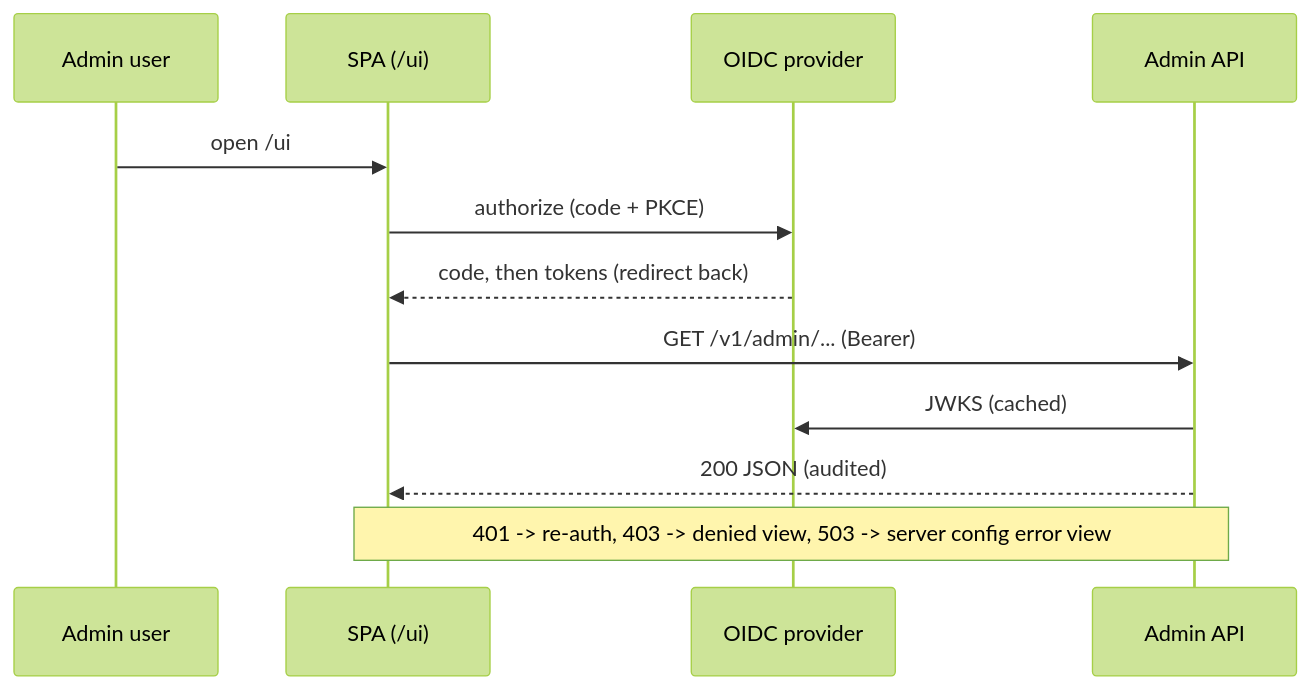
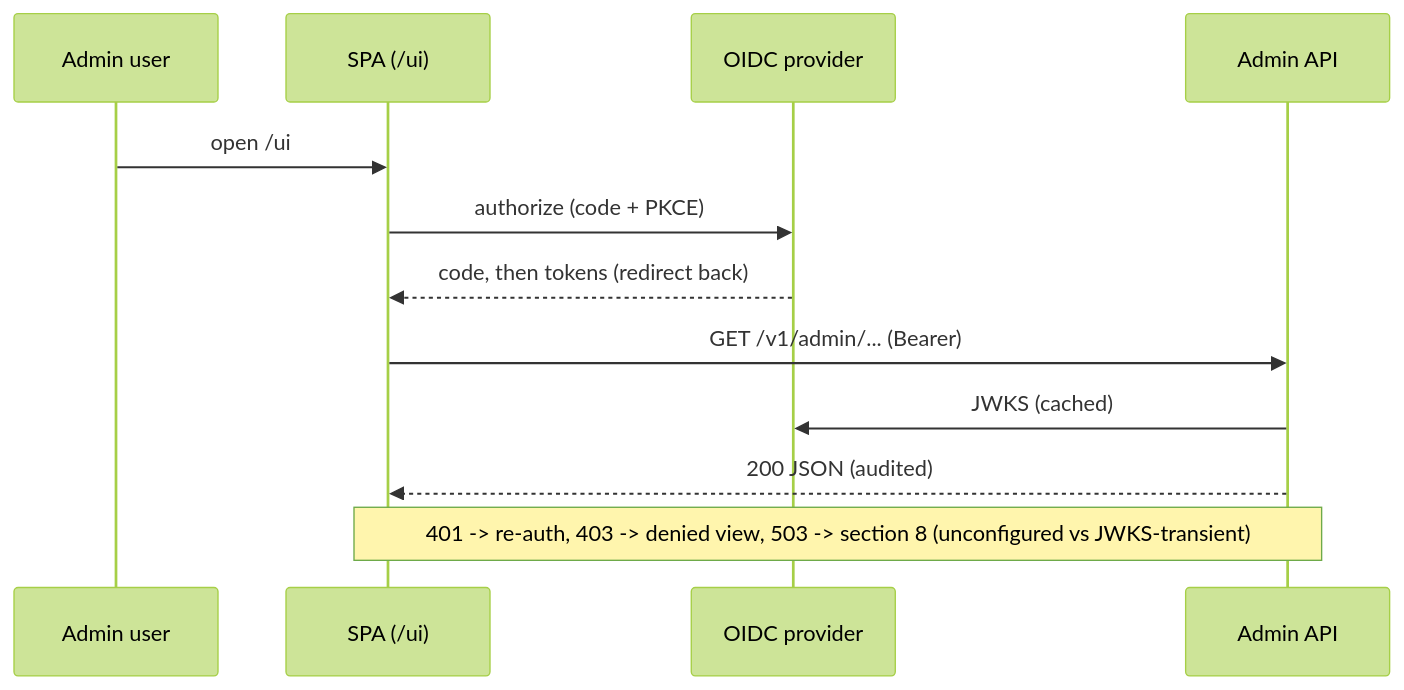
Before and after one commit to tvna/clairvoyance: the second of 3 diagrams in managed/docs/frontend-design.md, drawn with Mermaid (forest theme). The commit also changed other lines of this file, not shown here.

````diff
--- a/managed/docs/frontend-design.md
+++ b/managed/docs/frontend-design.md
@@ -135,14 +150,14 @@
 ```mermaid
 sequenceDiagram
     participant U as Admin user
     participant S as SPA (/ui)
     participant O as OIDC provider
     participant A as Admin API
     U->>S: open /ui
     S->>O: authorize (code + PKCE)
     O-->>S: code, then tokens (redirect back)
     S->>A: GET /v1/admin/... (Bearer)
     A->>O: JWKS (cached)
     A-->>S: 200 JSON (audited)
-    Note over S,A: 401 -> re-auth, 403 -> denied view, 503 -> server config error view
+    Note over S,A: 401 -> re-auth, 403 -> denied view, 503 -> section 8 (unconfigured vs JWKS-transient)
 ```
````
